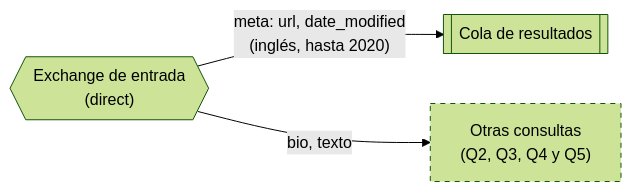
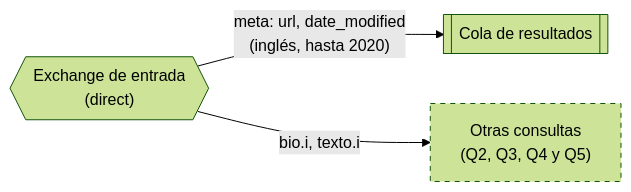
Before and after one commit to Cristobal710/tp-final-distribuidos: the eighth of 15 diagrams in diagramas/README.md, drawn with Mermaid (forest theme). The commit also changed other lines of this file, not shown here.

````diff
--- a/diagramas/README.md
+++ b/diagramas/README.md
@@ -339,9 +340,9 @@
 ```mermaid
 flowchart LR
     EXE{{"Exchange de entrada<br/>(direct)"}}
     EXE -- "meta: url, date_modified<br/>(inglés, hasta 2020)" --> QR[["Cola de resultados"]]
-    EXE -- "bio, texto" --> OTRAS["Otras consultas<br/>(Q2, Q3, Q4 y Q5)"]
+    EXE -- "bio.i, texto.i" --> OTRAS["Otras consultas<br/>(Q2, Q3, Q4 y Q5)"]
 
     classDef resto stroke-dasharray: 5 5
     class OTRAS resto
 ```
````
